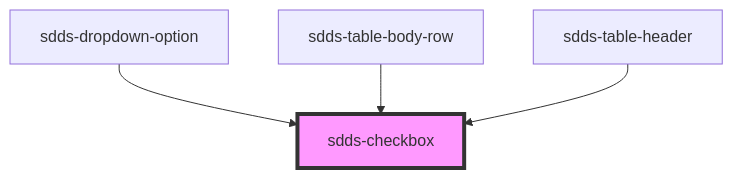
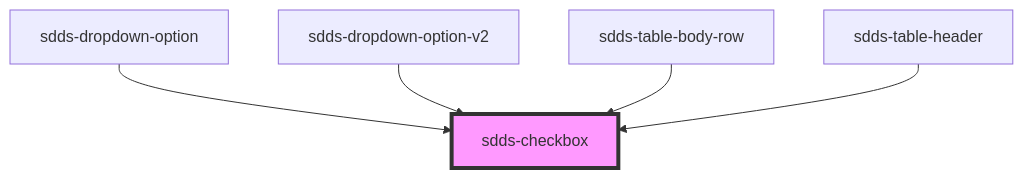
The diagram in tegel/src/components/checkbox/readme.md (scania-digital-design-system/sdds), drawn with Mermaid before and after one commit. The commit also changed other lines of this file and 16 other files, not shown here.

````diff
--- a/tegel/src/components/checkbox/readme.md
+++ b/tegel/src/components/checkbox/readme.md
@@ -51,7 +52,8 @@
 ```mermaid
 graph TD;
   sdds-dropdown-option --> sdds-checkbox
+  sdds-dropdown-option-v2 --> sdds-checkbox
   sdds-table-body-row --> sdds-checkbox
   sdds-table-header --> sdds-checkbox
   style sdds-checkbox fill:#f9f,stroke:#333,stroke-width:4px
 ```
````
